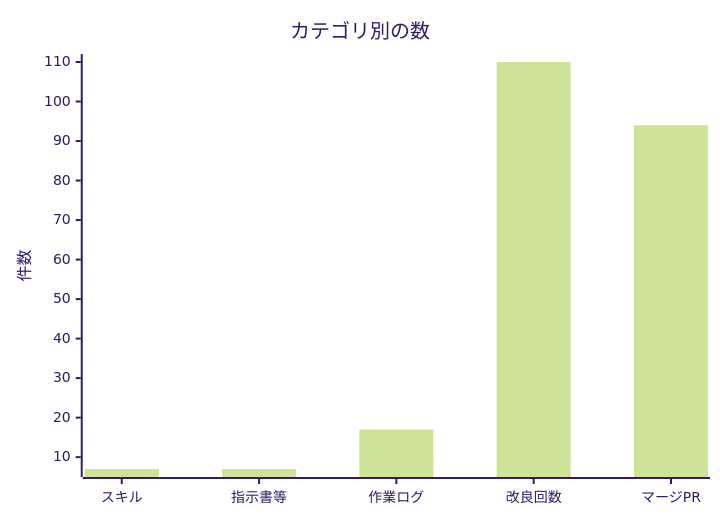
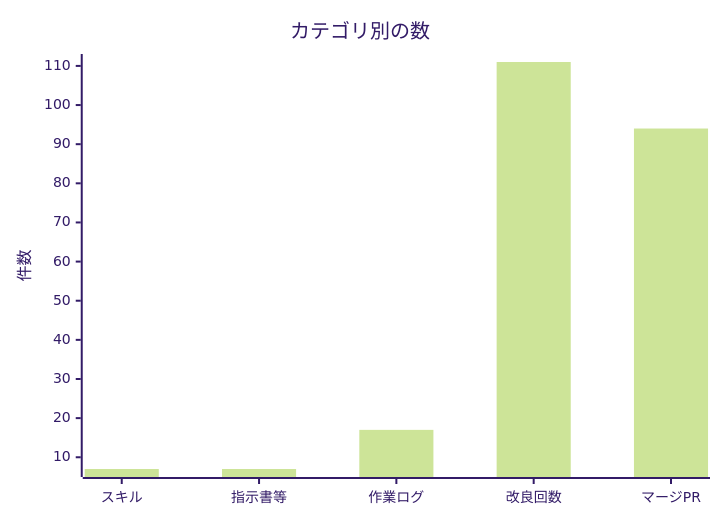
The second of 2 diagrams in docs/進化レポート.md (non-x2/non-x2), drawn with Mermaid (forest theme) before and after one commit. The commit also changed other lines of this file and 1 other file, not shown here.

````diff
--- a/docs/進化レポート.md
+++ b/docs/進化レポート.md
@@ -33,7 +33,7 @@
 ```mermaid
 xychart-beta
     title "カテゴリ別の数"
     x-axis ["スキル", "指示書等", "作業ログ", "改良回数", "マージPR"]
     y-axis "件数"
-    bar [7, 7, 17, 110, 94]
+    bar [7, 7, 17, 111, 94]
 ```
````
